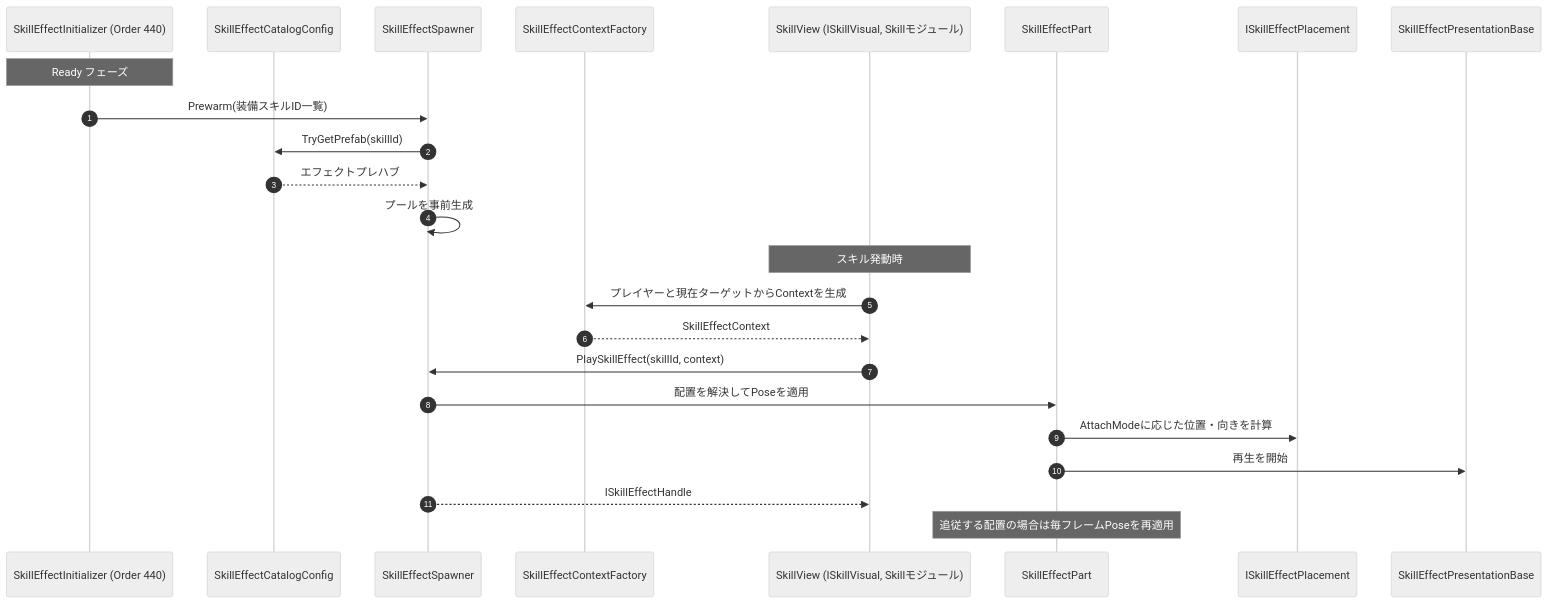
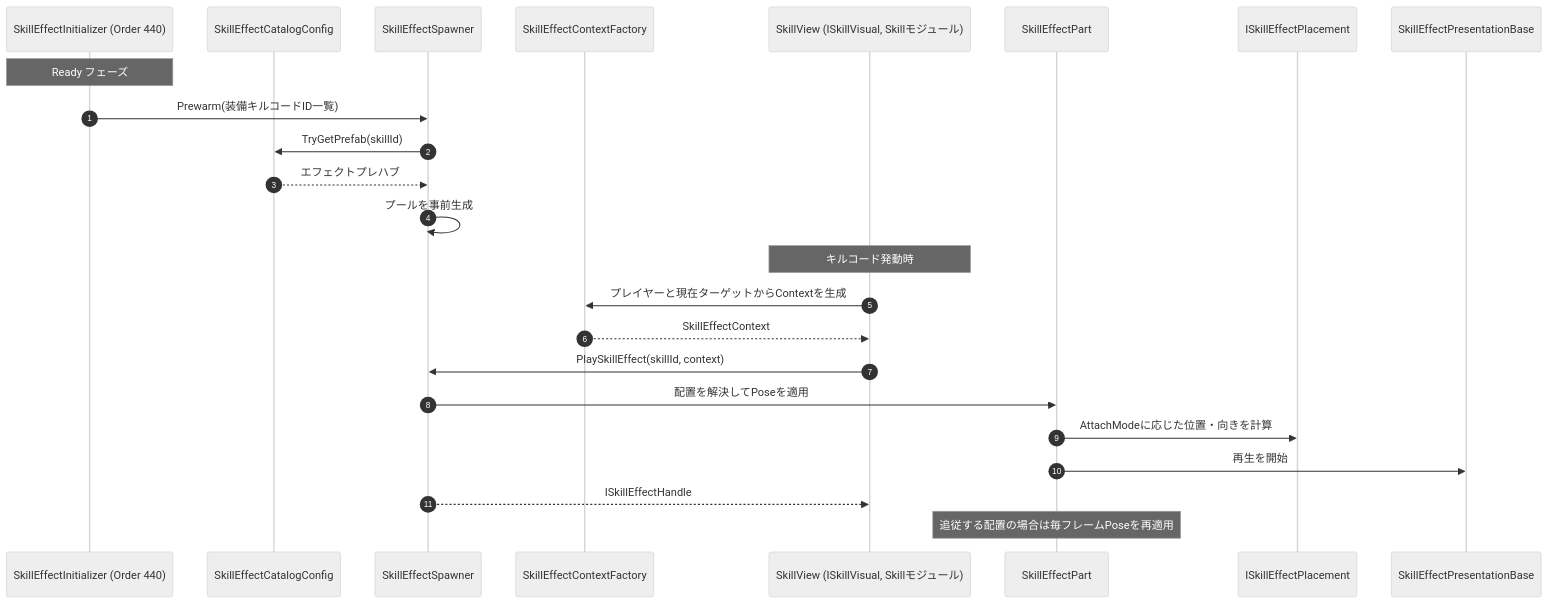
The second of 2 diagrams in Docs/NotionMigration/pages/A2a/3bf7c2c6-cc02-8184-8715-f2f741dc1d4f.md (HIBIKI5201/SymphonyKillChord), drawn with Mermaid (neutral theme) before and after one commit. The commit also changed other lines of this file and 175 other files, not shown here.

````diff
--- a/Docs/NotionMigration/pages/A2a/3bf7c2c6-cc02-8184-8715-f2f741dc1d4f.md
+++ b/Docs/NotionMigration/pages/A2a/3bf7c2c6-cc02-8184-8715-f2f741dc1d4f.md
@@ -233,28 +235,28 @@
 ```mermaid
 sequenceDiagram
     autonumber
     participant Init as SkillEffectInitializer (Order 440)
     participant Catalog as SkillEffectCatalogConfig
     participant Spawner as SkillEffectSpawner
     participant Factory as SkillEffectContextFactory
     participant Visual as SkillView (ISkillVisual, Skillモジュール)
     participant Part as SkillEffectPart
     participant Placement as ISkillEffectPlacement
     participant Presentation as SkillEffectPresentationBase
 
     Note over Init: Ready フェーズ
-    Init ->> Spawner: Prewarm(装備スキルID一覧)
+    Init ->> Spawner: Prewarm(装備キルコードID一覧)
     Spawner ->> Catalog: TryGetPrefab(skillId)
     Catalog -->> Spawner: エフェクトプレハブ
     Spawner ->> Spawner: プールを事前生成
 
-    Note over Visual: スキル発動時
+    Note over Visual: キルコード発動時
     Visual ->> Factory: プレイヤーと現在ターゲットからContextを生成
     Factory -->> Visual: SkillEffectContext
     Visual ->> Spawner: PlaySkillEffect(skillId, context)
     Spawner ->> Part: 配置を解決してPoseを適用
     Part ->> Placement: AttachModeに応じた位置・向きを計算
     Part ->> Presentation: 再生を開始
     Spawner -->> Visual: ISkillEffectHandle
     Note over Part: 追従する配置の場合は毎フレームPoseを再適用
 ```
````
